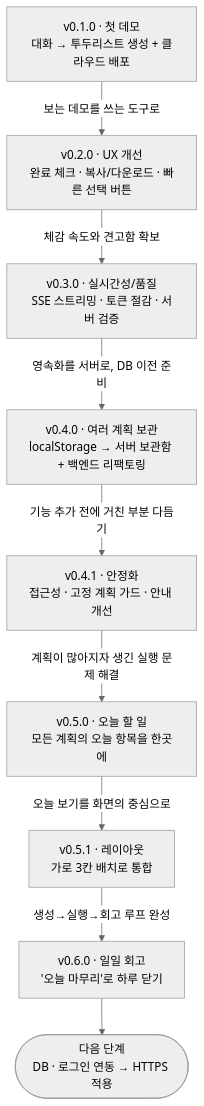
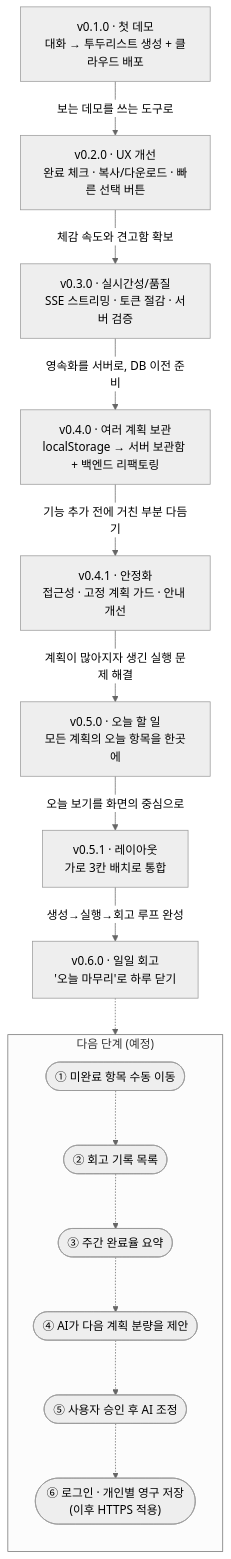
One commit to hello-pebble/DelayNoMore_Release changed the diagram in README.md. Above: the diagram before and after it, drawn with Mermaid (neutral theme). The commit also changed other lines of this file, not shown here.

Commit message:
docs: 발전 과정에 다음 단계 로드맵 6개 항목 추가
Claude-Session: https://claude.ai/code/session_01TvbcqHWr7S6sS5SMU5nEH7

````diff
--- a/README.md
+++ b/README.md
@@ -27,21 +27,32 @@
 ```mermaid
 graph TD
     V01["v0.1.0 · 첫 데모<br/>대화 → 투두리스트 생성 + 클라우드 배포"]
     V02["v0.2.0 · UX 개선<br/>완료 체크 · 복사/다운로드 · 빠른 선택 버튼"]
     V03["v0.3.0 · 실시간성/품질<br/>SSE 스트리밍 · 토큰 절감 · 서버 검증"]
     V04["v0.4.0 · 여러 계획 보관<br/>localStorage → 서버 보관함 + 백엔드 리팩토링"]
     V041["v0.4.1 · 안정화<br/>접근성 · 고정 계획 가드 · 안내 개선"]
     V05["v0.5.0 · 오늘 할 일<br/>모든 계획의 오늘 항목을 한곳에"]
     V051["v0.5.1 · 레이아웃<br/>가로 3칸 배치로 통합"]
     V06["v0.6.0 · 일일 회고<br/>'오늘 마무리'로 하루 닫기"]
-    NEXT(["다음 단계<br/>DB · 로그인 연동 → HTTPS 적용"])
 
     V01 -->|"보는 데모를 쓰는 도구로"| V02
     V02 -->|"체감 속도와 견고함 확보"| V03
     V03 -->|"영속화를 서버로, DB 이전 준비"| V04
     V04 -->|"기능 추가 전에 거친 부분 다듬기"| V041
     V041 -->|"계획이 많아지자 생긴 실행 문제 해결"| V05
     V05 -->|"오늘 보기를 화면의 중심으로"| V051
     V051 -->|"생성→실행→회고 루프 완성"| V06
-    V06 --> NEXT
+
+    subgraph NEXT["다음 단계 (예정)"]
+        direction TB
+        N1(["① 미완료 항목 수동 이동"])
+        N2(["② 회고 기록 목록"])
+        N3(["③ 주간 완료율 요약"])
+        N4(["④ AI가 다음 계획 분량을 제안"])
+        N5(["⑤ 사용자 승인 후 AI 조정"])
+        N6(["⑥ 로그인 · 개인별 영구 저장<br/>(이후 HTTPS 적용)"])
+        N1 -.-> N2 -.-> N3 -.-> N4 -.-> N5 -.-> N6
+    end
+
+    V06 -.-> NEXT
 ```
````
